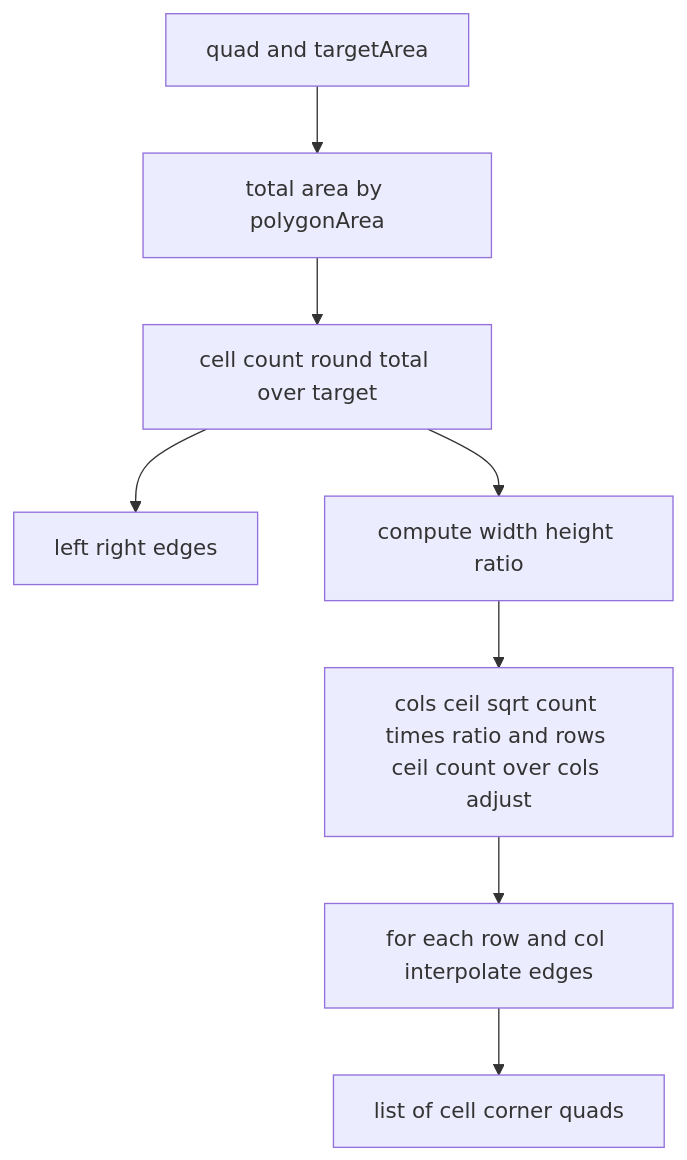
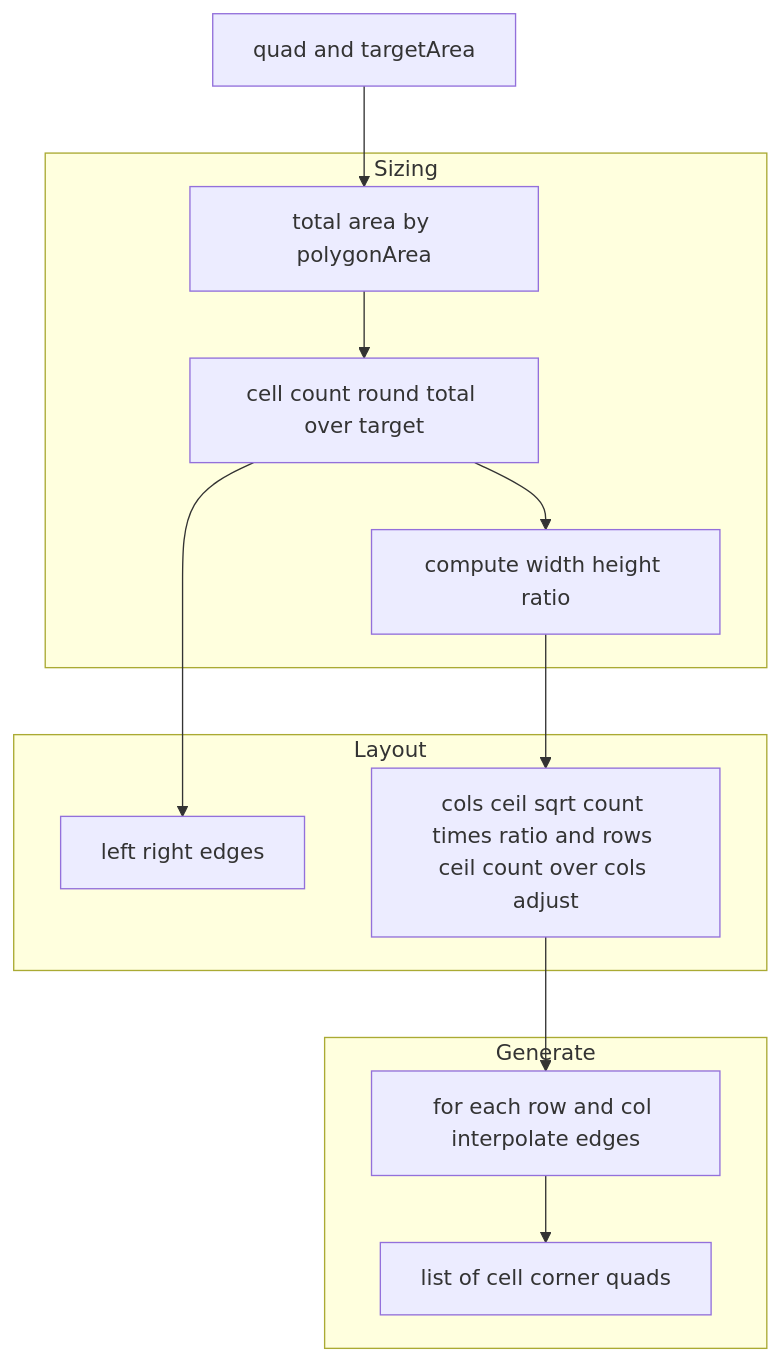
The second of 4 diagrams in docs/poly/bounds_and_divisions.md (Gh0st352/AETHR), drawn with Mermaid before and after one commit. The commit also changed other lines of this file and 9 other files, not shown here.

First line of the commit message:
docs(poly): improve README headings and mermaid diagrams

````diff
--- a/docs/poly/bounds_and_divisions.md
+++ b/docs/poly/bounds_and_divisions.md
@@ -27,10 +33,30 @@
 ```mermaid
+%% shared theme: docs/_mermaid/theme.json %%
 flowchart TD
   IN[quad and targetArea] --> AREA[total area by polygonArea]
   AREA --> CNT[cell count round total over target]
   CNT --> EDGES[left right edges]
   CNT --> ASPECT[compute width height ratio]
   ASPECT --> SHAPE[cols ceil sqrt count times ratio and rows ceil count over cols adjust]
   SHAPE --> GEN[for each row and col interpolate edges]
   GEN --> OUT[list of cell corner quads]
+
+  subgraph "Sizing"
+    AREA
+    CNT
+    ASPECT
+  end
+  subgraph "Layout"
+    EDGES
+    SHAPE
+  end
+  subgraph "Generate"
+    GEN
+    OUT
+  end
+
+  class IN class_io;
+  class AREA,CNT,ASPECT,SHAPE,GEN class_step;
+  class EDGES class_data;
+  class OUT class_result;
 ```
````
